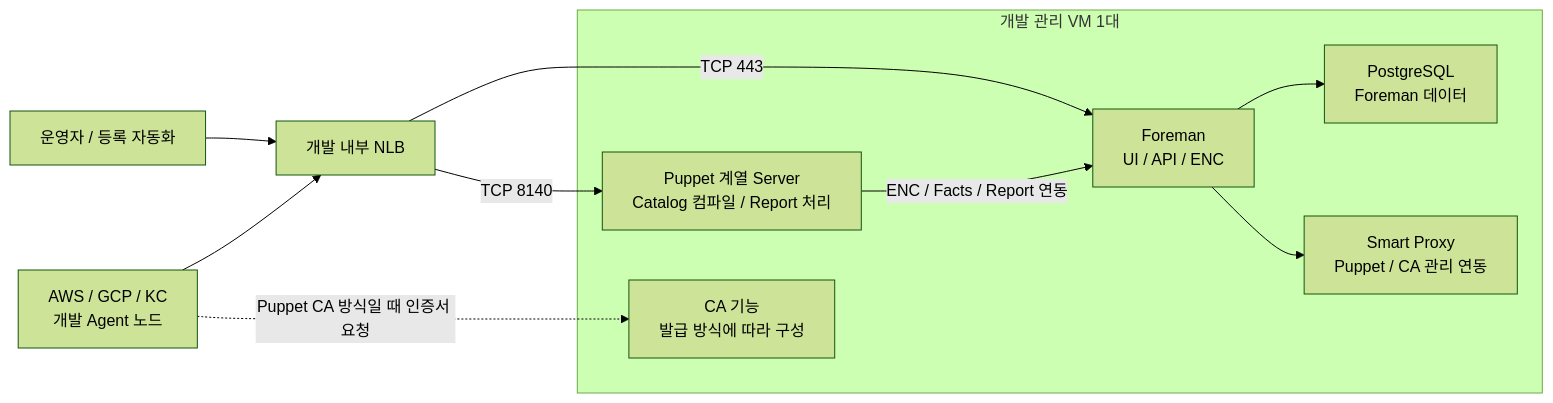
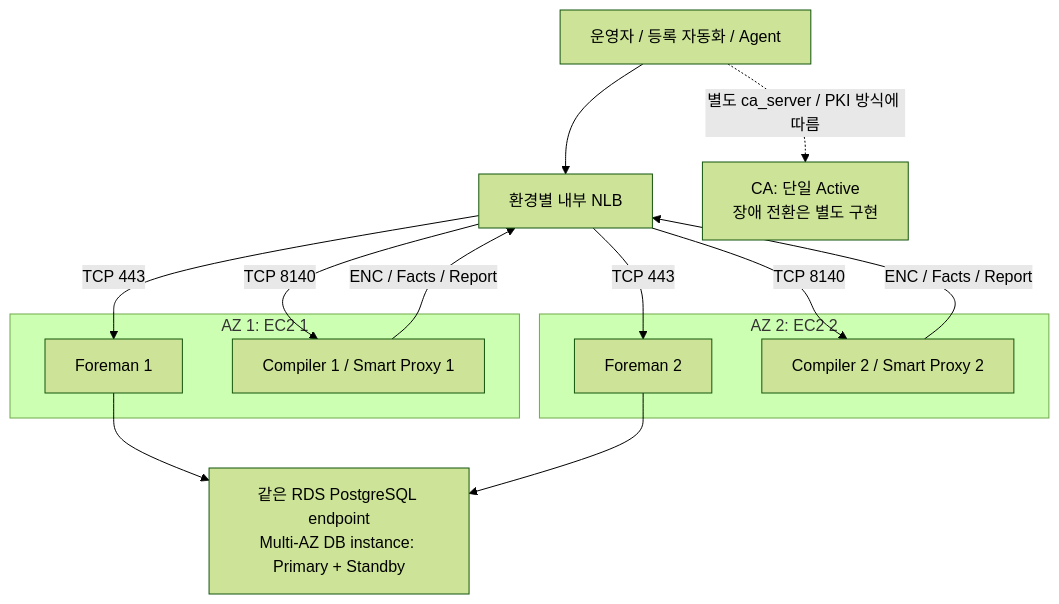
Before and after one commit to heyoon2j/y2-devops-lab: the diagram in foreman-puppet/docs/SERVER_TOPOLOGY.md, drawn with Mermaid (forest theme). The commit also changed other lines of this file and 6 other files, not shown here.

````diff
--- a/foreman-puppet/docs/SERVER_TOPOLOGY.md
+++ b/foreman-puppet/docs/SERVER_TOPOLOGY.md
@@ -31,19 +32,23 @@
 ```mermaid
-flowchart LR
-    U["운영자 / 등록 자동화"]
-    subgraph M["개발 관리 VM 1대"]
-      F["Foreman\nUI / API / ENC"]
-      P["Puppet 계열 Server\nCatalog 컴파일 / Report 처리"]
-      S["Smart Proxy\nPuppet / CA 관리 연동"]
-      DB["PostgreSQL\nForeman 데이터"]
-      CA["CA 기능\n발급 방식에 따라 구성"]
-      F --> DB
-      F --> S
-      P -->|"ENC / Facts / Report 연동"| F
+flowchart TB
+    A["운영자 / 등록 자동화 / Agent"] --> L["환경별 내부 NLB"]
+    subgraph AZ1["AZ 1: EC2 1"]
+      F1["Foreman 1"]
+      P1["Compiler 1 / Smart Proxy 1"]
     end
-    L["개발 내부 NLB"] -->|"TCP 443"| F
-    L -->|"TCP 8140"| P
-    U --> L
-    A["AWS / GCP / KC\n개발 Agent 노드"] --> L
-    A -.->|"Puppet CA 방식일 때 인증서 요청"| CA
+    subgraph AZ2["AZ 2: EC2 2"]
+      F2["Foreman 2"]
+      P2["Compiler 2 / Smart Proxy 2"]
+    end
+    L -->|"TCP 443"| F1
+    L -->|"TCP 443"| F2
+    L -->|"TCP 8140"| P1
+    L -->|"TCP 8140"| P2
+    F1 --> D["같은 RDS PostgreSQL endpoint
+Multi-AZ DB instance: Primary + Standby"]
+    F2 --> D
+    P1 -->|"ENC / Facts / Report"| L
+    P2 -->|"ENC / Facts / Report"| L
+    A -.->|"별도 ca_server / PKI 방식에 따름"| C["CA: 단일 Active
+장애 전환은 별도 구현"]
 ```
````
